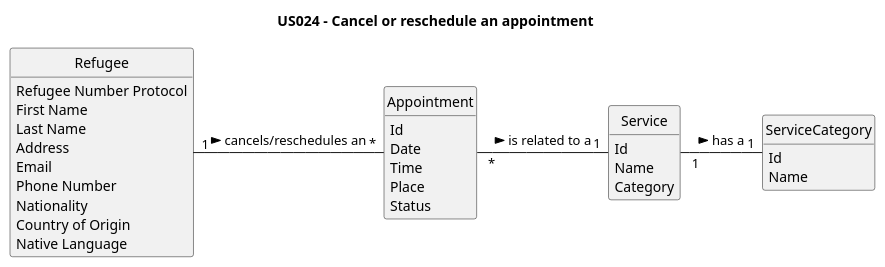
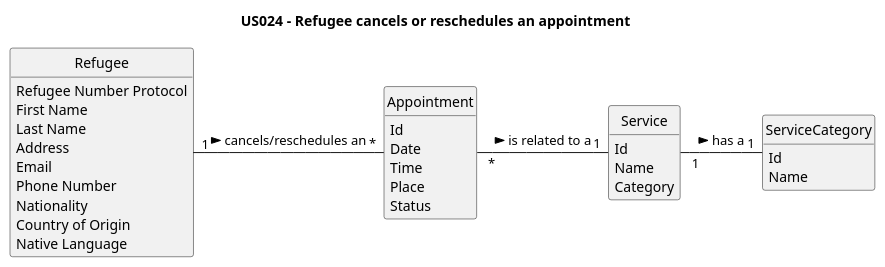
The diagram in javaSprint2GladlyGiven/Docs/UseCases/uc024/analysis/us024-DM.puml (tbarracha/Upskill-Sprint-2-Gladly-Given), drawn with PlantUML before and after one commit. The commit also changed 30 other files, not shown here.

```diff
--- a/javaSprint2GladlyGiven/Docs/UseCases/uc024/analysis/us024-DM.puml
+++ b/javaSprint2GladlyGiven/Docs/UseCases/uc024/analysis/us024-DM.puml
@@ -1,49 +1,49 @@
 @startuml
 skinparam monochrome true
 skinparam packageStyle rectangle
 skinparam shadowing false
 
 skinparam classAttributeIconSize 0
 
 hide circle
 hide methods
 
-title US024 - Cancel or reschedule an appointment
+title US024 - Refugee cancels or reschedules an appointment
 
 class Appointment {
     Id
     Date
     Time
     Place
     Status
 }
 
 class Service {
     Id
     Name
     Category
 }
 
 class ServiceCategory {
     Id
     Name
 }
 
 class Refugee {
     Refugee Number Protocol
     First Name
     Last Name
     Address
     Email
     Phone Number
     Nationality
     Country of Origin
     Native Language
 }
 
 
 Refugee "1   " - "   *" Appointment : cancels/reschedules an >
 Appointment " *   " - "   1" Service : is related to a >
 Service " 1   " - "   1" ServiceCategory : has a >
 
 @enduml
```
